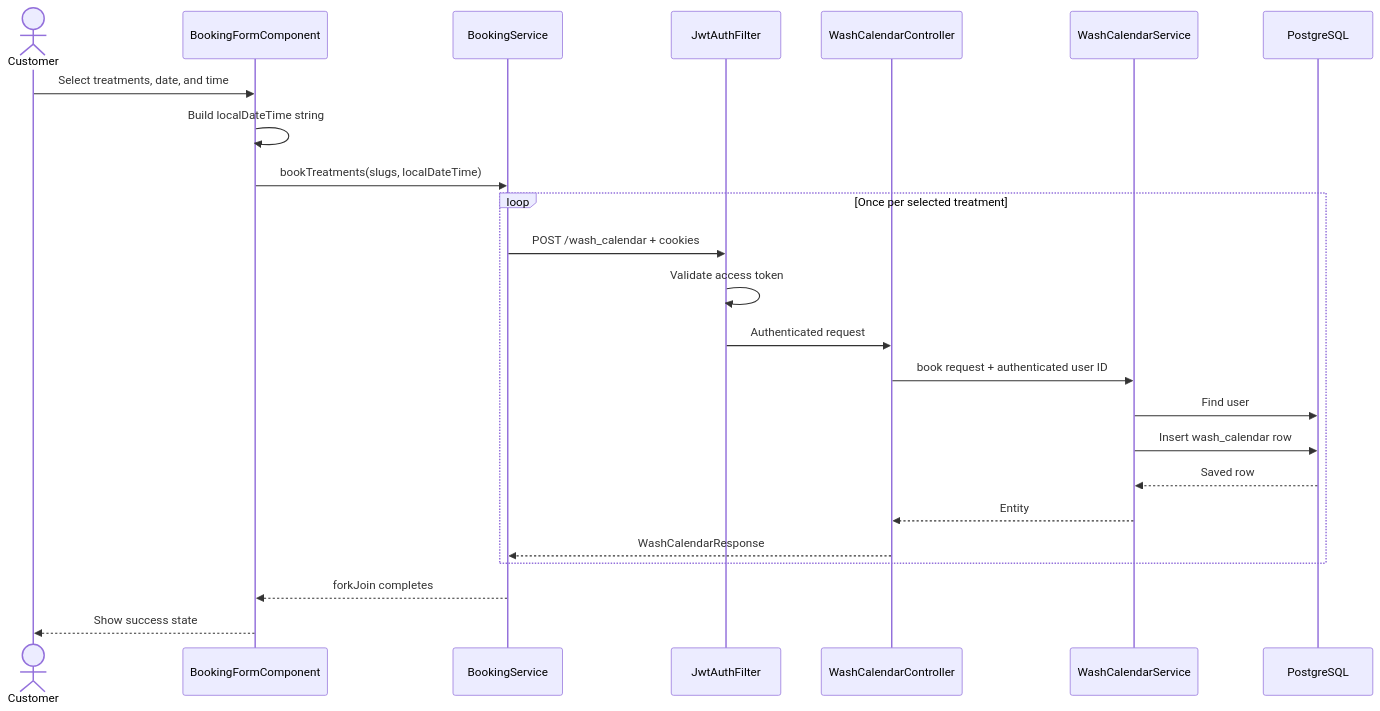
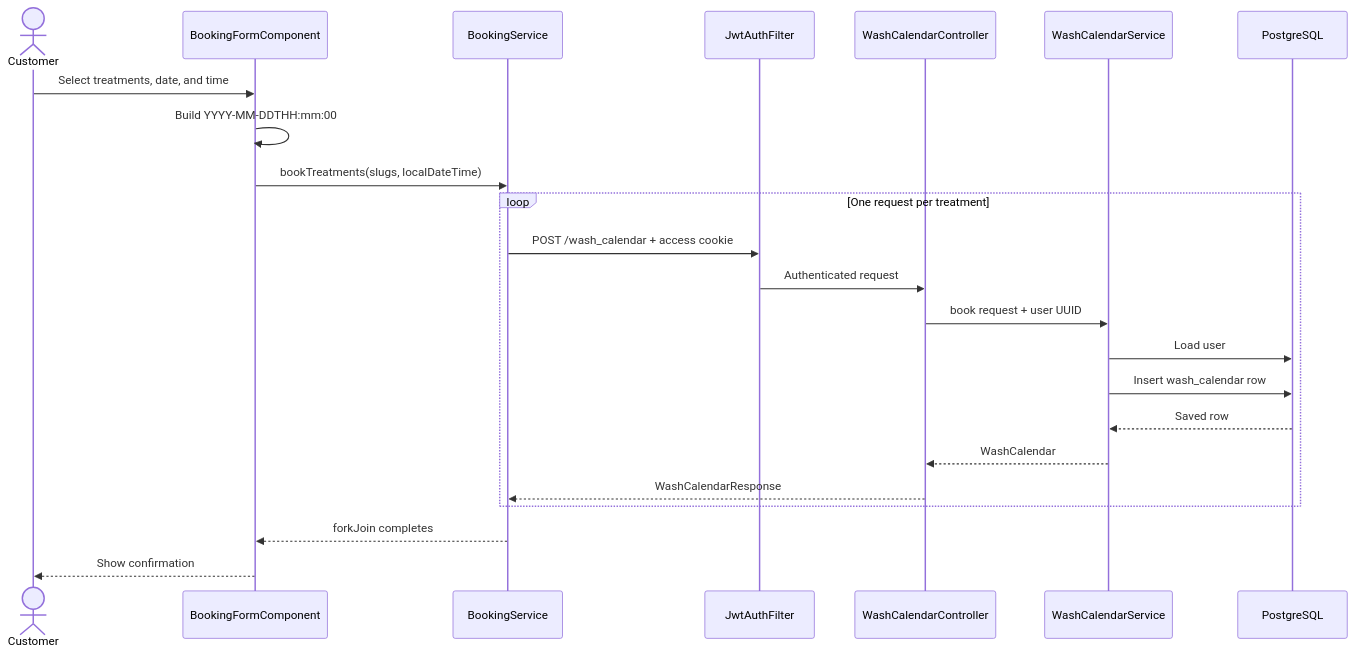
The ninth of 17 diagrams in README.md (yassineao/poetsanders), drawn with Mermaid before and after one commit. The commit also changed other lines of this file, not shown here.

````diff
--- a/README.md
+++ b/README.md
@@ -507,29 +651,28 @@
 ```mermaid
 sequenceDiagram
     actor Customer
     participant Form as BookingFormComponent
-    participant BookingService
+    participant Client as BookingService
     participant Security as JwtAuthFilter
     participant Controller as WashCalendarController
     participant Service as WashCalendarService
     participant DB as PostgreSQL
 
     Customer->>Form: Select treatments, date, and time
-    Form->>Form: Build localDateTime string
-    Form->>BookingService: bookTreatments(slugs, localDateTime)
+    Form->>Form: Build YYYY-MM-DDTHH:mm:00
+    Form->>Client: bookTreatments(slugs, localDateTime)
 
-    loop Once per selected treatment
-        BookingService->>Security: POST /wash_calendar + cookies
-        Security->>Security: Validate access token
+    loop One request per treatment
+        Client->>Security: POST /wash_calendar + access cookie
         Security->>Controller: Authenticated request
-        Controller->>Service: book request + authenticated user ID
-        Service->>DB: Find user
+        Controller->>Service: book request + user UUID
+        Service->>DB: Load user
         Service->>DB: Insert wash_calendar row
         DB-->>Service: Saved row
-        Service-->>Controller: Entity
-        Controller-->>BookingService: WashCalendarResponse
+        Service-->>Controller: WashCalendar
+        Controller-->>Client: WashCalendarResponse
     end
 
-    BookingService-->>Form: forkJoin completes
-    Form-->>Customer: Show success state
+    Client-->>Form: forkJoin completes
+    Form-->>Customer: Show confirmation
 ```
````
